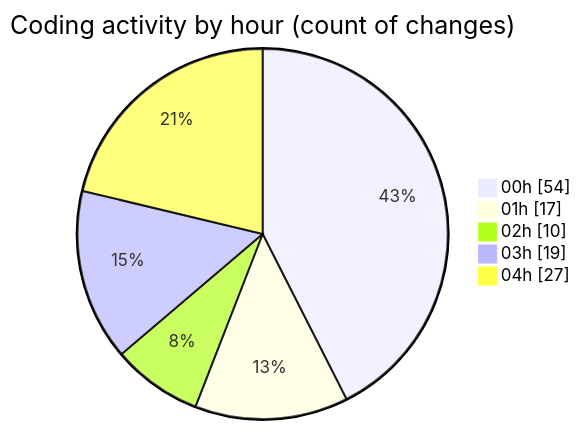
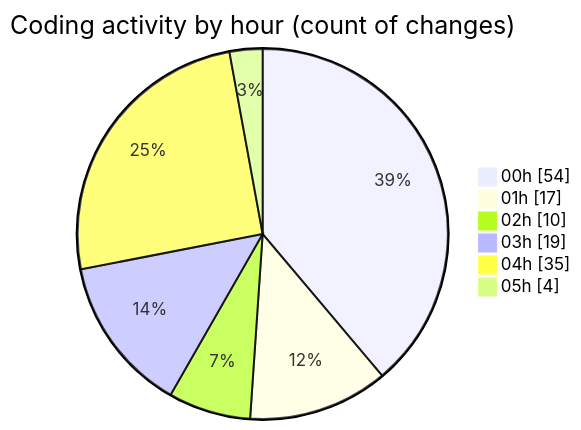
Before and after one commit to lephambinh05/code-tracking: the second of 2 diagrams in 2025-07-26/quanlyrapchieuphim-1/README.md, drawn with Mermaid. The commit also changed other lines of this file and 1 other file, not shown here.

````diff
--- a/2025-07-26/quanlyrapchieuphim-1/README.md
+++ b/2025-07-26/quanlyrapchieuphim-1/README.md
@@ -38,9 +45,10 @@
 ```mermaid
 pie showData
 title Coding activity by hour (count of changes)
 "00h" : 54
 "01h" : 17
 "02h" : 10
 "03h" : 19
-"04h" : 27
+"04h" : 35
+"05h" : 4
 ```
````
